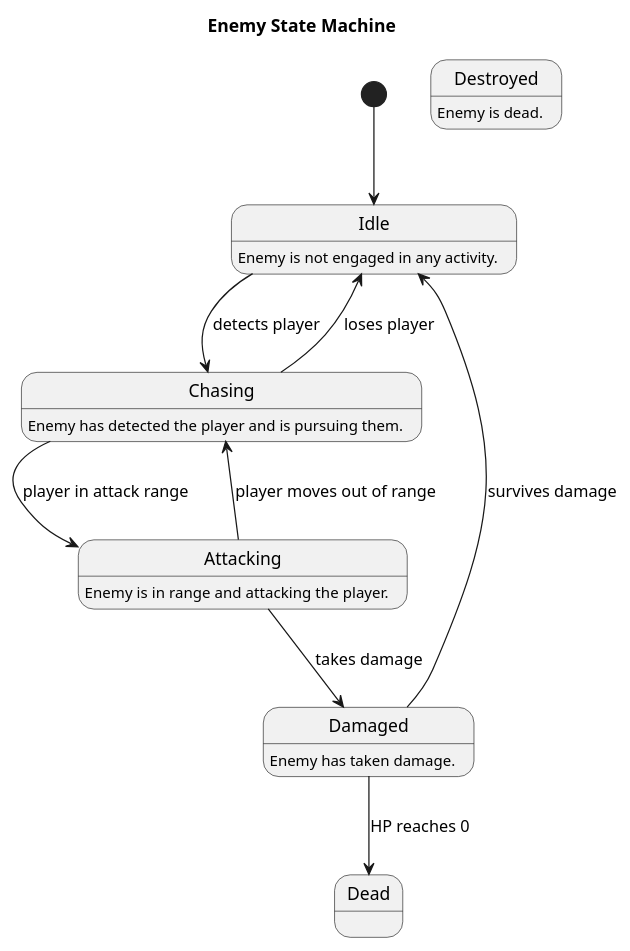
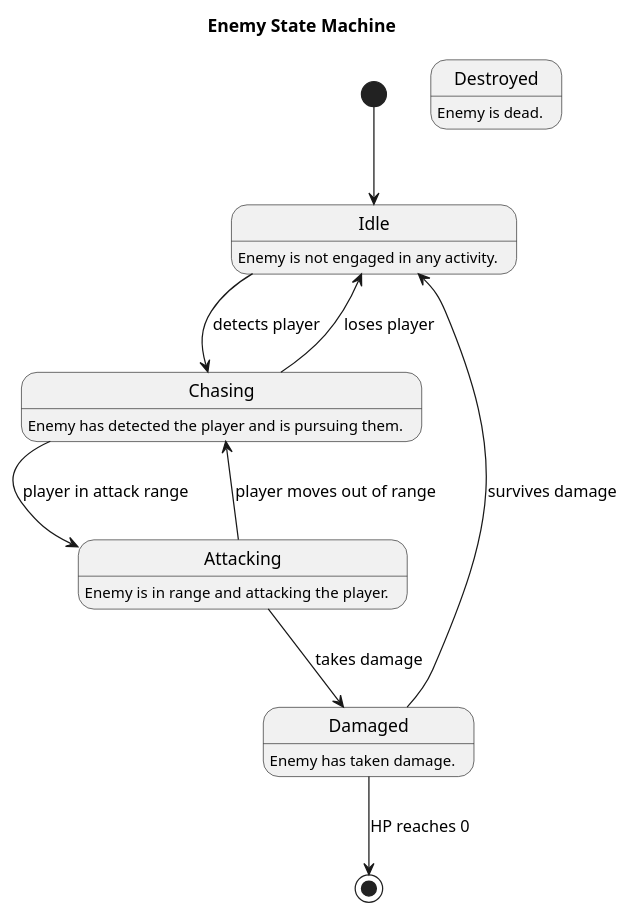
Before and after one commit to TidosDK/boom-battle: the diagram in Documentation/enemy_state_machine.puml, drawn with PlantUML. The commit also changed 1 other file, not shown here.

```diff
--- a/Documentation/enemy_state_machine.puml
+++ b/Documentation/enemy_state_machine.puml
@@ -1,19 +1,19 @@
 @startuml EnemyStateMachine
 title Enemy State Machine
 
 [*] --> Idle
 Idle --> Chasing : detects player
 Chasing --> Attacking : player in attack range
 Attacking --> Chasing : player moves out of range
 Chasing --> Idle : loses player
 Attacking --> Damaged : takes damage
 Damaged --> Idle : survives damage
-Damaged --> Dead : HP reaches 0
+Damaged --> [*] : HP reaches 0
 
 Idle: Enemy is not engaged in any activity.
 Chasing: Enemy has detected the player and is pursuing them.
 Attacking: Enemy is in range and attacking the player.
 Damaged: Enemy has taken damage.
 Destroyed: Enemy is dead.
 
 @enduml
```
